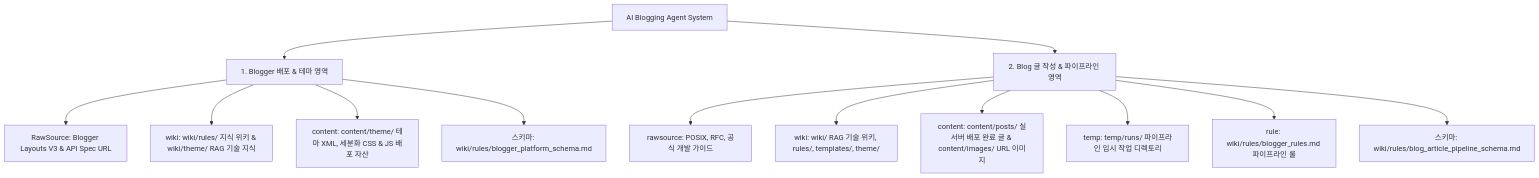
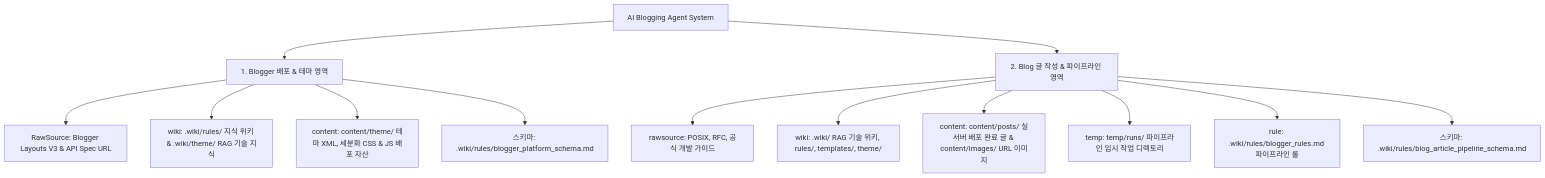
Before and after one commit to rlaguswls13/blogging: the diagram in AGENTS.md, drawn with Mermaid. The commit also changed other lines of this file and 9 other files, not shown here.

First line of the commit message:
feat(agents): connect central RAG knowledge vault, retire local wiki/.wiki

````diff
--- a/AGENTS.md
+++ b/AGENTS.md
@@ -9,17 +13,17 @@
 ```mermaid
 graph TD
     Root[AI Blogging Agent System] --> Part1[1. Blogger 배포 & 테마 영역]
     Root --> Part2[2. Blog 글 작성 & 파이프라인 영역]
 
     Part1 --> P1_Raw[RawSource: Blogger Layouts V3 & API Spec URL]
-    Part1 --> P1_Wiki[wiki: wiki/rules/ 지식 위키 & wiki/theme/ RAG 기술 지식]
+    Part1 --> P1_Wiki[wiki: .wiki/rules/ 지식 위키 & .wiki/theme/ RAG 기술 지식]
     Part1 --> P1_Theme[content: content/theme/ 테마 XML, 세분화 CSS & JS 배포 자산]
-    Part1 --> P1_Schema[스키마: wiki/rules/blogger_platform_schema.md]
+    Part1 --> P1_Schema[스키마: .wiki/rules/blogger_platform_schema.md]
 
     Part2 --> P2_Raw[rawsource: POSIX, RFC, 공식 개발 가이드]
-    Part2 --> P2_Wiki[wiki: wiki/ RAG 기술 위키, rules/, templates/, theme/]
+    Part2 --> P2_Wiki[wiki: .wiki/ RAG 기술 위키, rules/, templates/, theme/]
     Part2 --> P2_Content[content: content/posts/ 실서버 배포 완료 글 & content/images/ URL 이미지]
     Part2 --> P2_Temp[temp: temp/runs/ 파이프라인 임시 작업 디렉토리]
-    Part2 --> P2_Rule[rule: wiki/rules/blogger_rules.md 파이프라인 룰]
-    Part2 --> P2_Schema[스키마: wiki/rules/blog_article_pipeline_schema.md]
+    Part2 --> P2_Rule[rule: .wiki/rules/blogger_rules.md 파이프라인 룰]
+    Part2 --> P2_Schema[스키마: .wiki/rules/blog_article_pipeline_schema.md]
 ```
````
